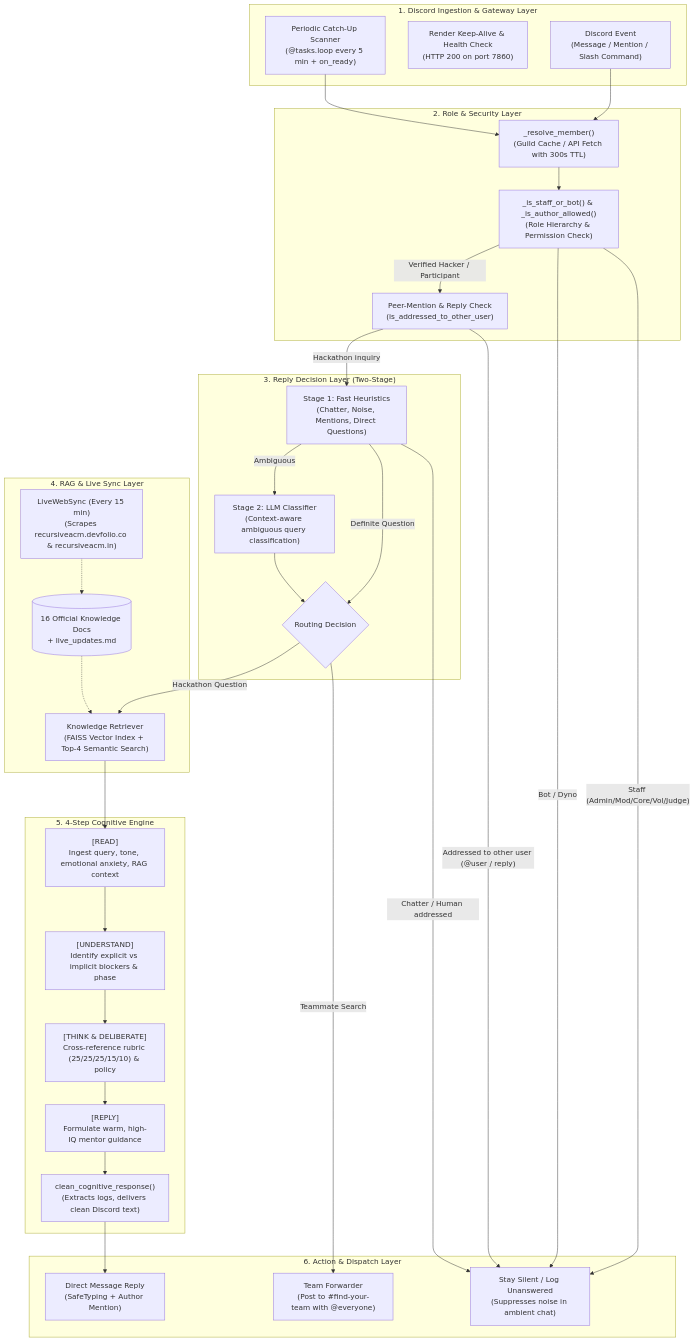
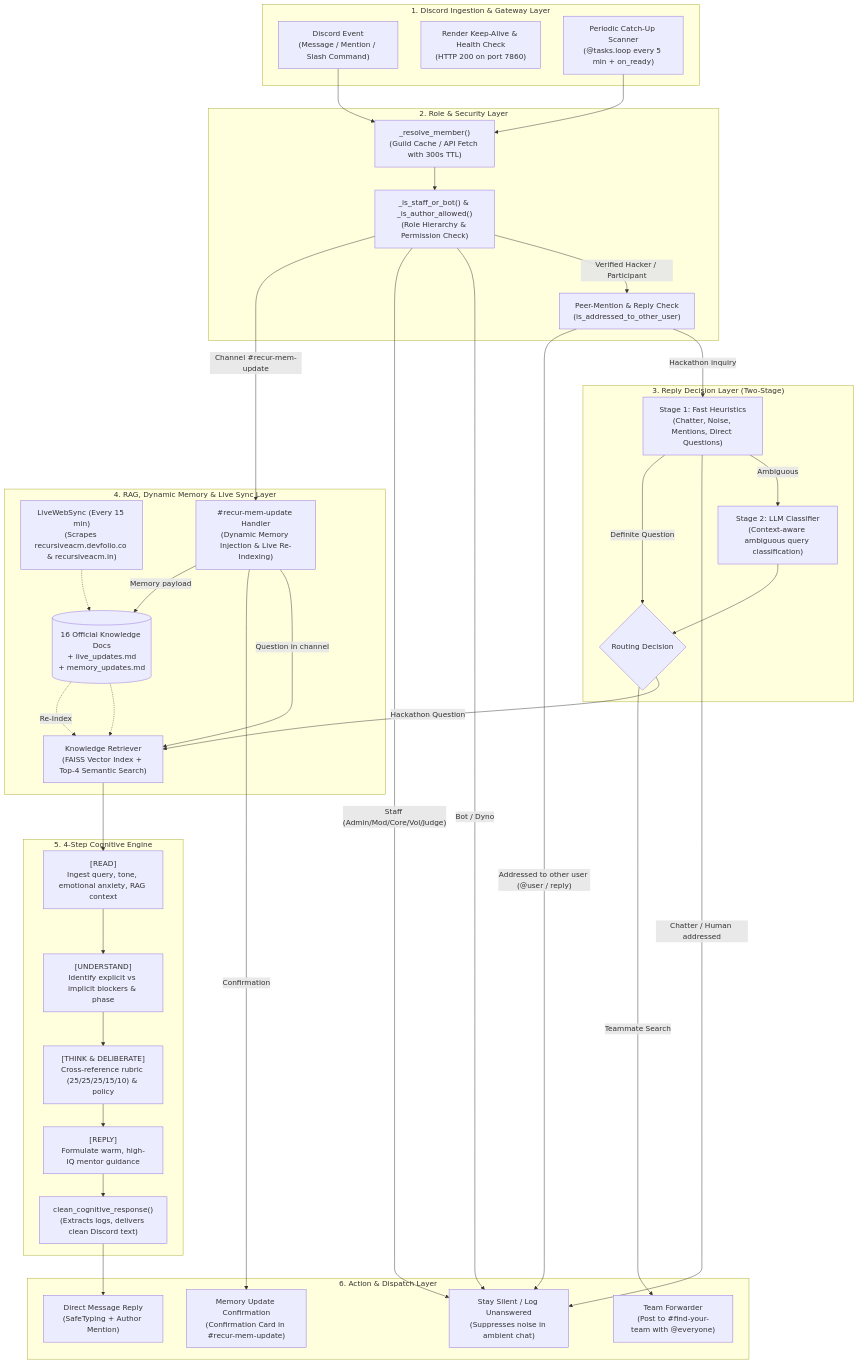
The first of 2 diagrams in docs/ARCHITECTURE.md (aryarakshit/Recur), drawn with Mermaid before and after one commit. The commit also changed other lines of this file and 5 other files, not shown here.

Commit message:
feat: add dynamic memory updates via #recur-mem-update and auto FAISS re-indexing

````diff
--- a/docs/ARCHITECTURE.md
+++ b/docs/ARCHITECTURE.md
@@ -12,59 +12,67 @@
 ```mermaid
 flowchart TD
     subgraph Discord_Layer["1. Discord Ingestion & Gateway Layer"]
         Event["Discord Event\n(Message / Mention / Slash Command)"]
         KeepAlive["Render Keep-Alive & Health Check\n(HTTP 200 on port 7860)"]
         Scanner["Periodic Catch-Up Scanner\n(@tasks.loop every 5 min + on_ready)"]
     end
 
     subgraph Security_Layer["2. Role & Security Layer"]
         Resolver["_resolve_member()\n(Guild Cache / API Fetch with 300s TTL)"]
         RoleFilter["_is_staff_or_bot() & _is_author_allowed()\n(Role Hierarchy & Permission Check)"]
         PeerFilter["Peer-Mention & Reply Check\n(is_addressed_to_other_user)"]
     end
 
     subgraph Decision_Layer["3. Reply Decision Layer (Two-Stage)"]
         Heuristics["Stage 1: Fast Heuristics\n(Chatter, Noise, Mentions, Direct Questions)"]
         Classifier["Stage 2: LLM Classifier\n(Context-aware ambiguous query classification)"]
         Router{"Routing Decision"}
     end
 
-    subgraph RAG_Layer["4. RAG & Live Sync Layer"]
+    subgraph RAG_Layer["4. RAG, Dynamic Memory & Live Sync Layer"]
         Retriever["Knowledge Retriever\n(FAISS Vector Index + Top-4 Semantic Search)"]
         LiveSync["LiveWebSync (Every 15 min)\n(Scrapes recursiveacm.devfolio.co & recursiveacm.in)"]
-        KnowledgeBase[("16 Official Knowledge Docs\n+ live_updates.md")]
+        MemUpdate["#recur-mem-update Handler\n(Dynamic Memory Injection & Live Re-Indexing)"]
+        KnowledgeBase[("16 Official Knowledge Docs\n+ live_updates.md\n+ memory_updates.md")]
     end
 
     subgraph Cognitive_Layer["5. 4-Step Cognitive Engine"]
         Read["[READ]\nIngest query, tone, emotional anxiety, RAG context"]
         Understand["[UNDERSTAND]\nIdentify explicit vs implicit blockers & phase"]
         Think["[THINK & DELIBERATE]\nCross-reference rubric (25/25/25/15/10) & policy"]
         Reply["[REPLY]\nFormulate warm, high-IQ mentor guidance"]
         Cleaner["clean_cognitive_response()\n(Extracts logs, delivers clean Discord text)"]
     end
 
     subgraph Output_Layer["6. Action & Dispatch Layer"]
         SendReply["Direct Message Reply\n(SafeTyping + Author Mention)"]
         ForwardTeam["Team Forwarder\n(Post to #find-your-team with @everyone)"]
+        MemConfirm["Memory Update Confirmation\n(Confirmation Card in #recur-mem-update)"]
         Silent["Stay Silent / Log Unanswered\n(Suppresses noise in ambient chat)"]
     end
 
     Event --> Resolver
     Scanner --> Resolver
     Resolver --> RoleFilter
+    RoleFilter -- "Channel #recur-mem-update" --> MemUpdate
     RoleFilter -- "Staff (Admin/Mod/Core/Vol/Judge)" --> Silent
     RoleFilter -- "Bot / Dyno" --> Silent
     RoleFilter -- "Verified Hacker / Participant" --> PeerFilter
+
+    MemUpdate -- "Memory payload" --> KnowledgeBase
+    KnowledgeBase -. Re-Index .-> Retriever
+    MemUpdate -- "Confirmation" --> MemConfirm
+    MemUpdate -- "Question in channel" --> Retriever
 
     PeerFilter -- "Addressed to other user (@user / reply)" --> Silent
     PeerFilter -- "Hackathon inquiry" --> Heuristics
 
     Heuristics -- "Definite Question" --> Router
     Heuristics -- "Chatter / Human addressed" --> Silent
     Heuristics -- "Ambiguous" --> Classifier --> Router
 
     Router -- "Teammate Search" --> ForwardTeam
     Router -- "Hackathon Question" --> Retriever
     LiveSync -.-> KnowledgeBase -.-> Retriever
     Retriever --> Read --> Understand --> Think --> Reply --> Cleaner --> SendReply
 ```
````
